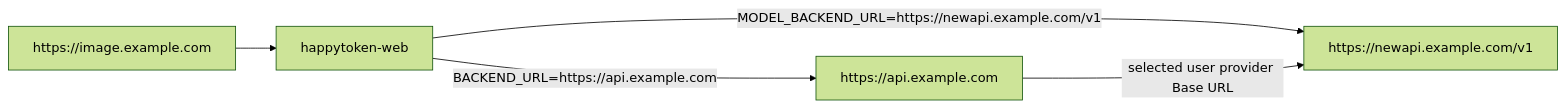
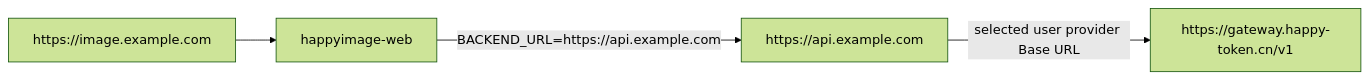
One commit to happy-token/HappyImage changed the seventh of 7 diagrams in docs/architecture.md. Above: the diagram before and after it, drawn with Mermaid (forest theme). The commit also changed other lines of this file and 7 other files, not shown here.

````diff
--- a/docs/architecture.md
+++ b/docs/architecture.md
@@ -185,12 +181,11 @@
 ```mermaid
 flowchart LR
   Browser["https://image.example.com"]
-  Web["happytoken-web"]
+  Web["happyimage-web"]
   API["https://api.example.com"]
-  NewAPI["https://newapi.example.com/v1"]
+  NewAPI["https://gateway.happy-token.cn/v1"]
 
   Browser --> Web
   Web -->|"BACKEND_URL=https://api.example.com"| API
-  Web -->|"MODEL_BACKEND_URL=https://newapi.example.com/v1"| NewAPI
   API -->|"selected user provider Base URL"| NewAPI
 ```
````
